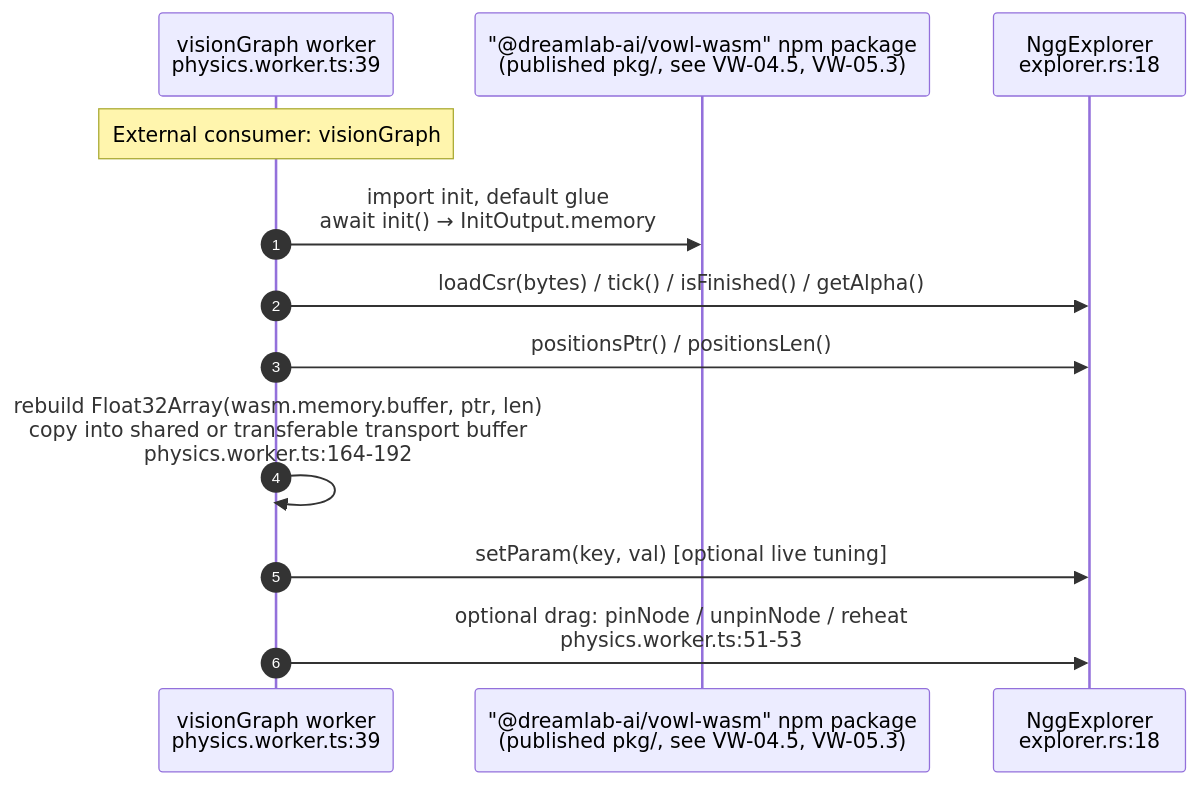
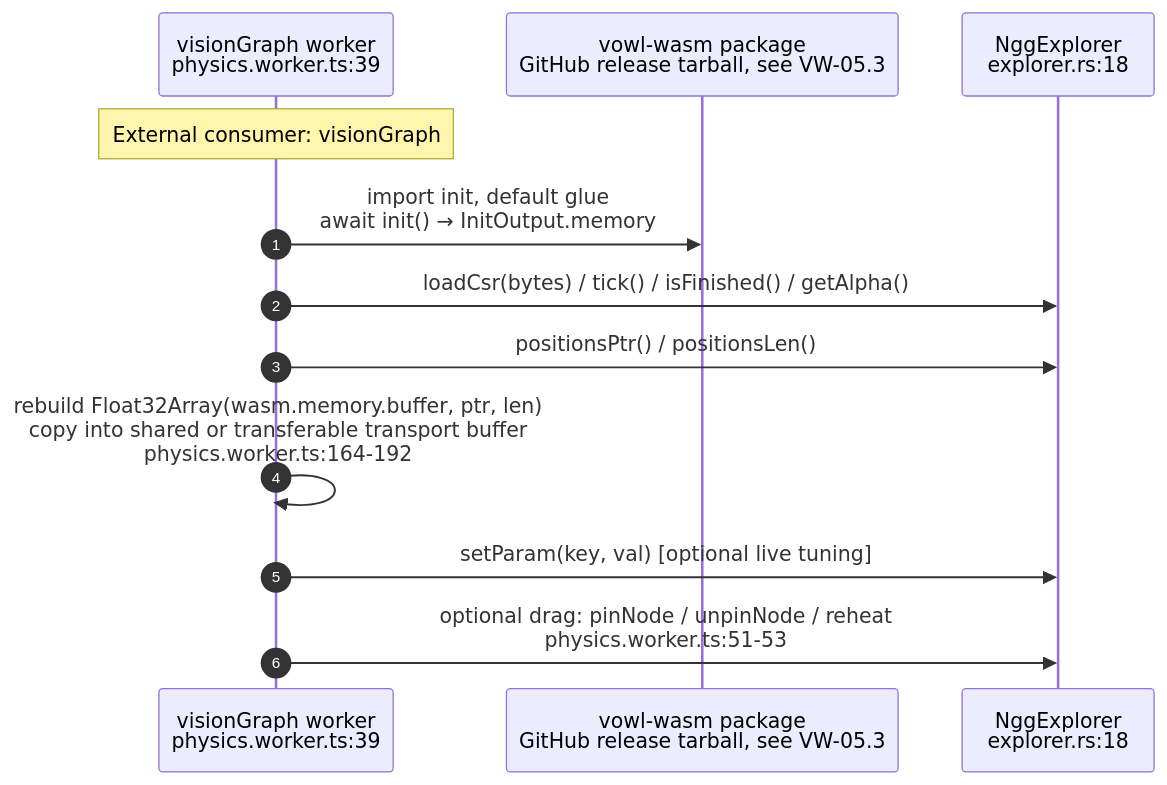
The fifth of 7 diagrams in docs/diagrams/vowl-wasm/04-js-api-examples-and-consumers.md (DreamLab-AI/VisionFlow), drawn with Mermaid before and after one commit. The commit also changed other lines of this file and 35 other files, not shown here.

Commit message:
docs(audit): qualify vowl ingest semantics and split release delivery

````diff
--- a/docs/diagrams/vowl-wasm/04-js-api-examples-and-consumers.md
+++ b/docs/diagrams/vowl-wasm/04-js-api-examples-and-consumers.md
@@ -91,14 +93,14 @@
 ```mermaid
 sequenceDiagram
     autonumber
     participant W as visionGraph worker<br/>physics.worker.ts:39
-    participant PKG as "@dreamlab-ai/vowl-wasm" npm package<br/>(published pkg/, see VW-04.5, VW-05.3)
+    participant PKG as vowl-wasm package<br/>GitHub release tarball, see VW-05.3
     participant WA as NggExplorer<br/>explorer.rs:18
     Note over W: External consumer: visionGraph
     W->>PKG: import init, default glue<br/>await init() → InitOutput.memory
     W->>WA: loadCsr(bytes) / tick() / isFinished() / getAlpha()
     W->>WA: positionsPtr() / positionsLen()
     W->>W: rebuild Float32Array(wasm.memory.buffer, ptr, len)<br/>copy into shared or transferable transport buffer<br/>physics.worker.ts:164-192
     W->>WA: setParam(key, val) [optional live tuning]
     W->>WA: optional drag: pinNode / unpinNode / reheat<br/>physics.worker.ts:51-53
 ```
````
